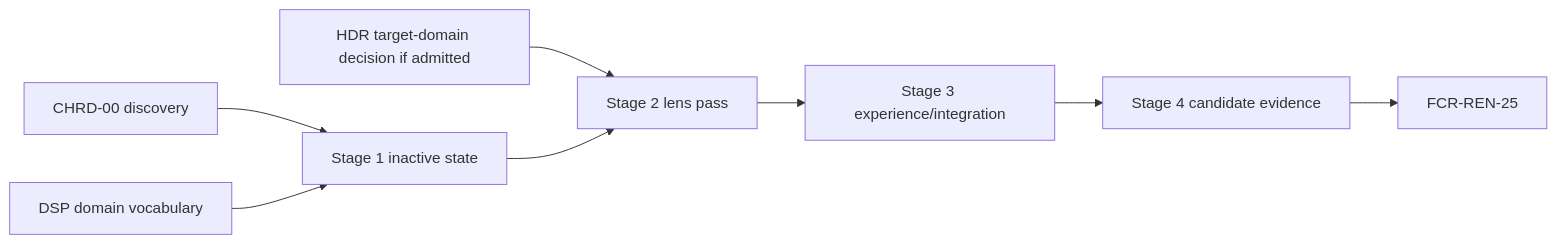
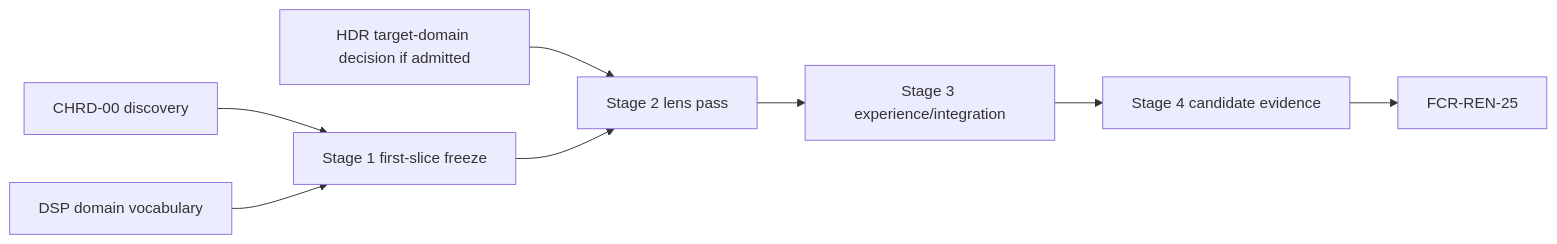
The diagram in Docs/Architecture/Modules/Engine/Renderer/Features/PostProcessing/DisplayPipeline/ChromaticAberration/ImplementationPlan.md (LisowskiPawel/SparkleEngine), drawn with Mermaid before and after one commit. The commit also changed other lines of this file and 132 other files, not shown here.

````diff
--- a/Docs/Architecture/Modules/Engine/Renderer/Features/PostProcessing/DisplayPipeline/ChromaticAberration/ImplementationPlan.md
+++ b/Docs/Architecture/Modules/Engine/Renderer/Features/PostProcessing/DisplayPipeline/ChromaticAberration/ImplementationPlan.md
@@ -27,10 +27,10 @@
 ```mermaid
 flowchart LR
-    D0[CHRD-00 discovery] --> S1[Stage 1 inactive state]
+    D0[CHRD-00 discovery] --> S1[Stage 1 first-slice freeze]
     DSP0[DSP domain vocabulary] --> S1
     HDR[HDR target-domain decision if admitted] --> S2[Stage 2 lens pass]
     S1 --> S2
     S2 --> S3[Stage 3 experience/integration]
     S3 --> S4[Stage 4 candidate evidence]
     S4 --> FCR[FCR-REN-25]
 ```
````
